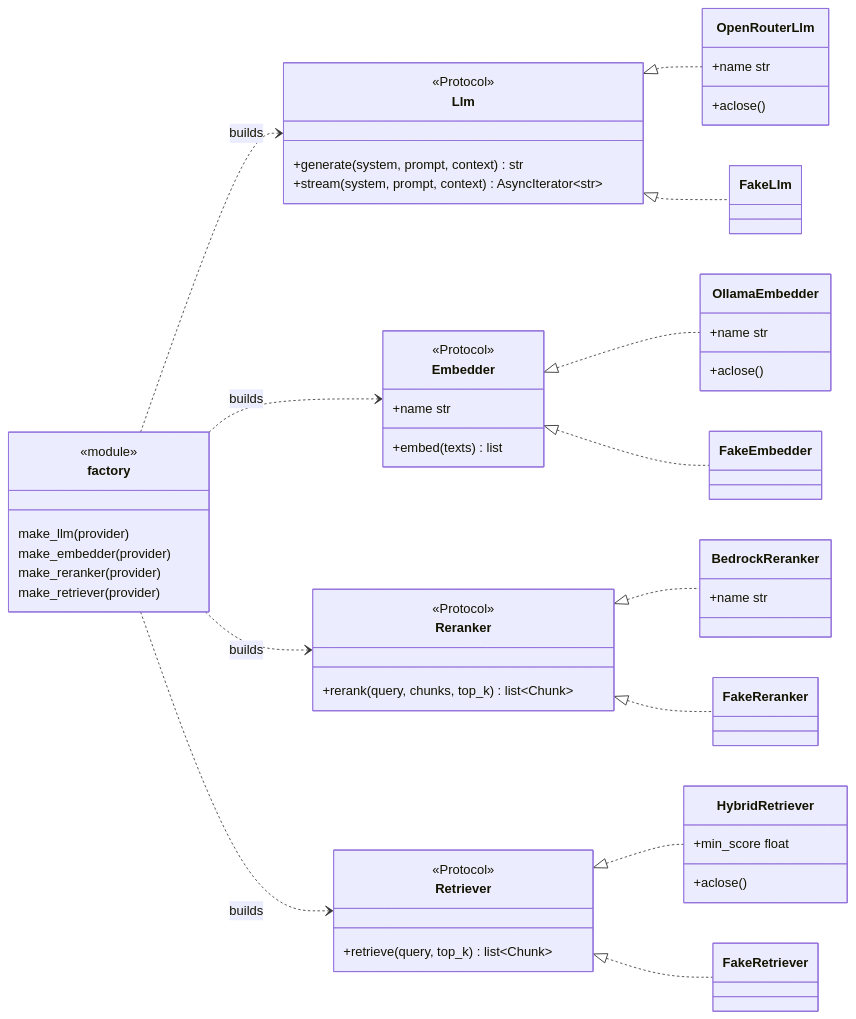
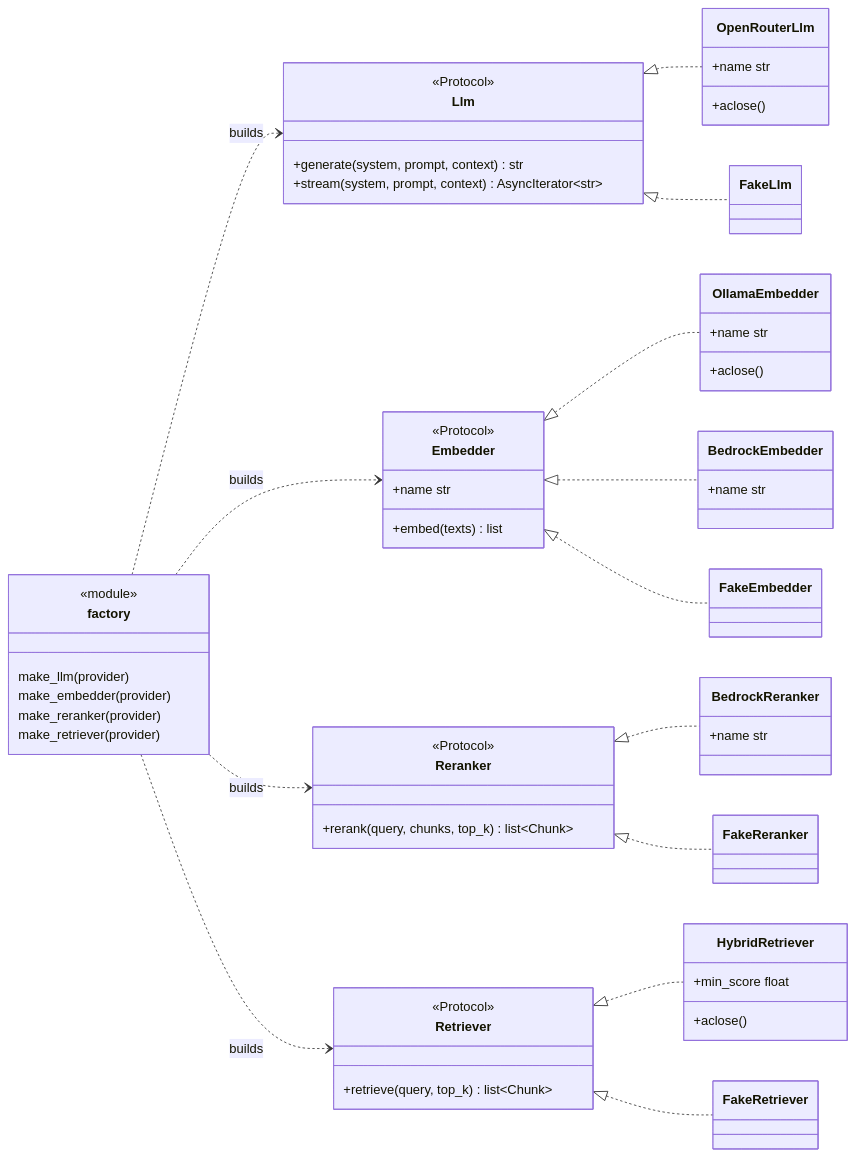
The first of 3 diagrams in docs/architecture.md (monitus2022/owl-online), drawn with Mermaid before and after one commit. The commit also changed other lines of this file and 9 other files, not shown here.

First line of the commit message:
feat(providers): Bedrock Titan embedder for vendor-only cloud deploys (#52)

````diff
--- a/docs/architecture.md
+++ b/docs/architecture.md
@@ -36,64 +36,68 @@
 ```mermaid
 classDiagram
   direction LR
 
   class Llm {
     <<Protocol>>
     +generate(system, prompt, context) str
     +stream(system, prompt, context) AsyncIterator~str~
   }
   class Embedder {
     <<Protocol>>
     +name str
     +embed(texts) list
   }
   class Reranker {
     <<Protocol>>
     +rerank(query, chunks, top_k) list~Chunk~
   }
   class Retriever {
     <<Protocol>>
     +retrieve(query, top_k) list~Chunk~
   }
 
   class OpenRouterLlm {
     +name str
     +aclose()
   }
   class OllamaEmbedder {
     +name str
     +aclose()
   }
+  class BedrockEmbedder {
+    +name str
+  }
   class HybridRetriever {
     +min_score float
     +aclose()
   }
   class BedrockReranker {
     +name str
   }
   class FakeLlm
   class FakeEmbedder
   class FakeReranker
   class FakeRetriever
 
   Llm <|.. OpenRouterLlm
   Llm <|.. FakeLlm
   Embedder <|.. OllamaEmbedder
+  Embedder <|.. BedrockEmbedder
   Embedder <|.. FakeEmbedder
   Reranker <|.. BedrockReranker
   Reranker <|.. FakeReranker
   Retriever <|.. HybridRetriever
   Retriever <|.. FakeRetriever
 
   class factory {
     <<module>>
     make_llm(provider)
     make_embedder(provider)
     make_reranker(provider)
     make_retriever(provider)
   }
   factory ..> Llm : builds
   factory ..> Embedder : builds
   factory ..> Reranker : builds
   factory ..> Retriever : builds
 ```
````
